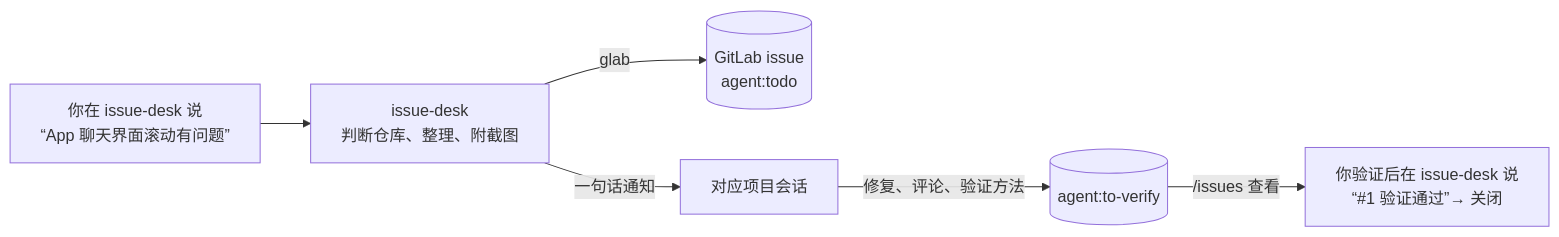
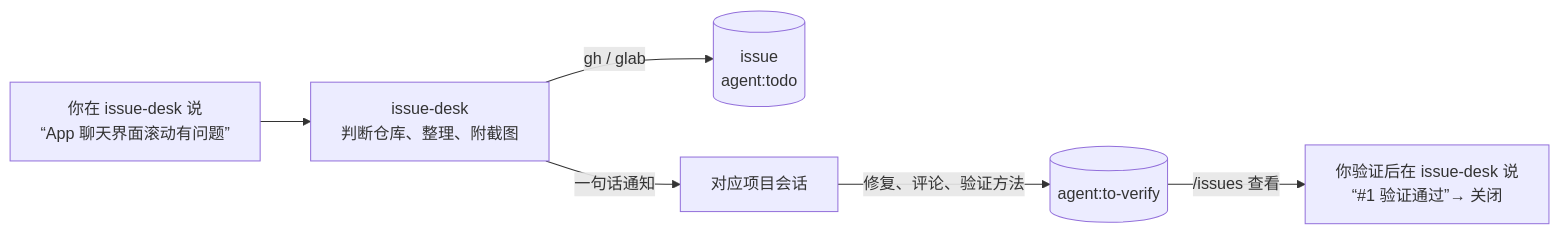
Before and after one commit to gowcar/code-anywhere: the second of 2 diagrams in README.md, drawn with Mermaid. The commit also changed other lines of this file and 9 other files, not shown here.

First line of the commit message:
feat: issue 流程通用化（GitHub / GitLab），交给 code-anywhere 会话按手册配置

````diff
--- a/README.md
+++ b/README.md
@@ -102,8 +102,8 @@
 ```mermaid
 flowchart LR
     you["你在 issue-desk 说<br/>“App 聊天界面滚动有问题”"] --> desk["issue-desk<br/>判断仓库、整理、附截图"]
-    desk -->|glab| gl[("GitLab issue<br/>agent:todo")]
+    desk -->|gh / glab| gl[("issue<br/>agent:todo")]
     desk -->|一句话通知| dev["对应项目会话"]
     dev -->|修复、评论、验证方法| gl2[("agent:to-verify")]
     gl2 -->|/issues 查看| you2["你验证后在 issue-desk 说<br/>“#1 验证通过”→ 关闭"]
 ```
````
